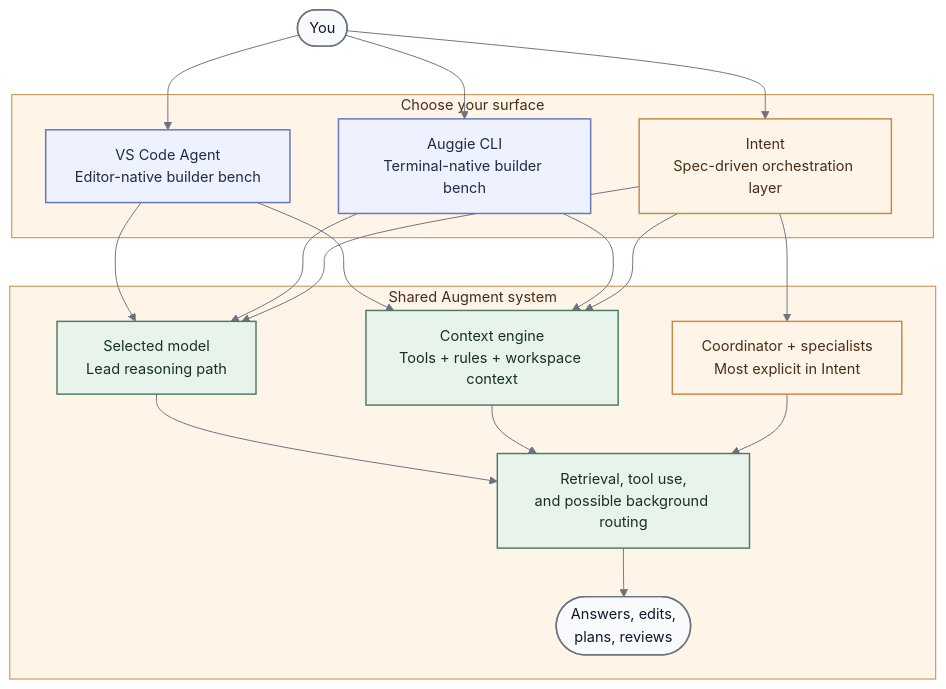
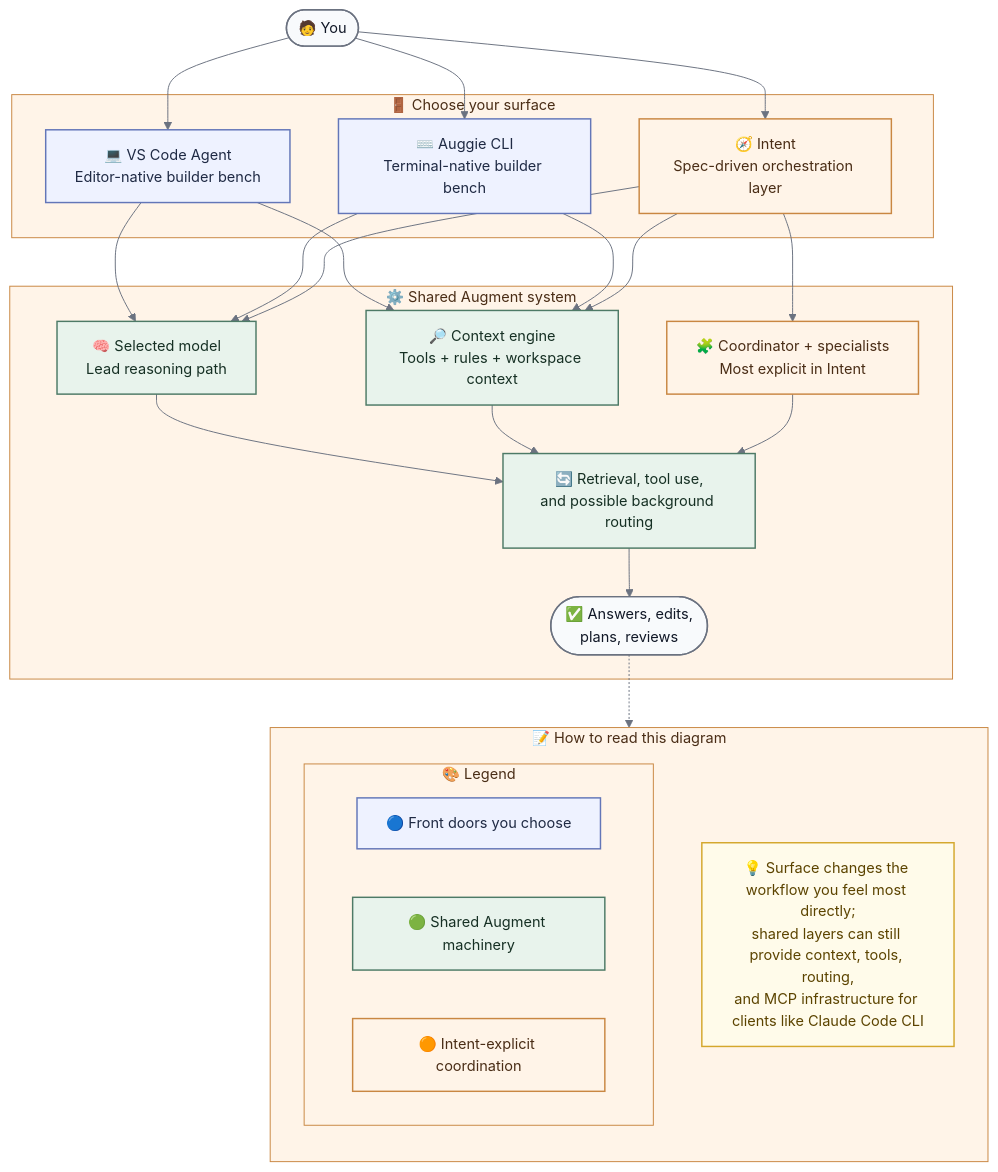
The diagram in setup/AugmentArchitecture.md (drasticstatic/trading-assistant-public-preview), drawn with Mermaid before and after one commit. The commit also changed other lines of this file and 5 other files, not shown here.

Commit message:
update AugmentArchitecture + screenshots

````diff
--- a/setup/AugmentArchitecture.md
+++ b/setup/AugmentArchitecture.md
@@ -100,64 +100,79 @@
 ```mermaid
 %%{init: {
   "theme": "base",
   "themeVariables": {
     "background": "#ffffff",
     "primaryColor": "#e8f3ec",
     "primaryTextColor": "#163024",
     "primaryBorderColor": "#4d7a66",
     "secondaryColor": "#eef2ff",
     "secondaryTextColor": "#1f2a44",
     "secondaryBorderColor": "#6376b8",
     "tertiaryColor": "#fff4e8",
     "tertiaryTextColor": "#4a2d16",
     "tertiaryBorderColor": "#c98742",
     "lineColor": "#6b7280",
     "fontSize": "15px"
   }
 }}%%
 flowchart TD
-    U([You])
+    U([🧑 You])
 
-    subgraph SURFACES[Choose your surface]
-        VS[VS Code Agent<br/>Editor-native builder bench]
-        CL[Auggie CLI<br/>Terminal-native builder bench]
-        IN[Intent<br/>Spec-driven orchestration layer]
+    subgraph SURFACES[🚪 Choose your surface]
+        VS[💻 VS Code Agent<br/>Editor-native builder bench]
+        CL[⌨️ Auggie CLI<br/>Terminal-native builder bench]
+        IN[🧭 Intent<br/>Spec-driven orchestration layer]
     end
 
-    subgraph SHARED[Shared Augment system]
-        SM[Selected model<br/>Lead reasoning path]
-        CX[Context engine<br/>Tools + rules + workspace context]
-        AG[Coordinator + specialists<br/>Most explicit in Intent]
-        BG[Retrieval, tool use,<br/>and possible background routing]
-        OUT([Answers, edits,<br/>plans, reviews])
+    subgraph SHARED[⚙️ Shared Augment system]
+        SM[🧠 Selected model<br/>Lead reasoning path]
+        CX[🔎 Context engine<br/>Tools + rules + workspace context]
+        AG[🧩 Coordinator + specialists<br/>Most explicit in Intent]
+        BG[🔄 Retrieval, tool use,<br/>and possible background routing]
+        OUT([✅ Answers, edits,<br/>plans, reviews])
+    end
+
+    subgraph GUIDE[📝 How to read this diagram]
+        direction TB
+        CAP[💡 Surface changes the workflow you feel most directly;<br/>shared layers can still provide context, tools, routing,<br/>and MCP infrastructure for clients like Claude Code CLI]
+
+        subgraph LEGEND[🎨 Legend]
+            direction LR
+            L1[🔵 Front doors you choose]
+            L2[🟢 Shared Augment machinery]
+            L3[🟠 Intent-explicit coordination]
+        end
     end
 
     U --> VS
     U --> CL
     U --> IN
 
     VS --> SM
     CL --> SM
     IN --> SM
 
     VS --> CX
     CL --> CX
     IN --> CX
 
     IN --> AG
 
     SM --> BG
     CX --> BG
     AG --> BG
     BG --> OUT
+    OUT -.-> CAP
 
     classDef entry fill:#eef2ff,stroke:#6376b8,color:#1f2a44,stroke-width:1.5px;
     classDef shared fill:#e8f3ec,stroke:#4d7a66,color:#163024,stroke-width:1.5px;
     classDef intent fill:#fff4e8,stroke:#c98742,color:#4a2d16,stroke-width:1.5px;
+    classDef guide fill:#fffbea,stroke:#d4a72c,color:#5c4400,stroke-width:1.5px;
     classDef result fill:#f8fafc,stroke:#6b7280,color:#111827,stroke-width:1.5px;
 
-    class VS,CL entry;
-    class IN,AG intent;
-    class SM,CX,BG shared;
+    class VS,CL,L1 entry;
+    class IN,AG,L3 intent;
+    class SM,CX,BG,L2 shared;
+    class CAP guide;
     class U,OUT result;
 ```
````
